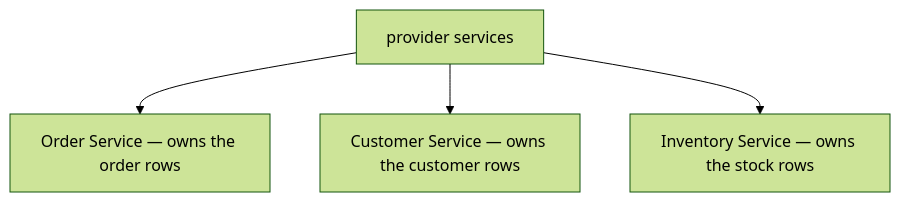
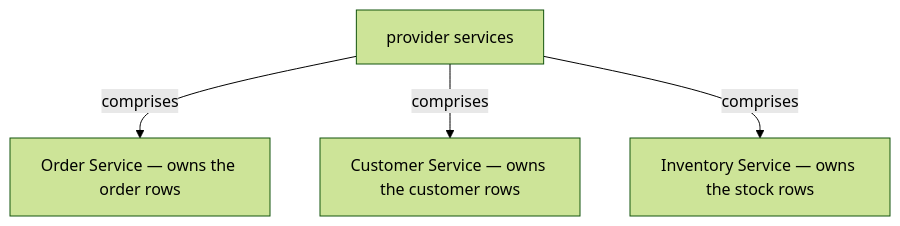
One commit to vinayakuber/microservices-io-study-guide changed the sixth of 13 diagrams in docs/ch21-api-composition.md. Above: the diagram before and after it, drawn with Mermaid (forest theme). The commit also changed other lines of this file and 71 other files, not shown here.

First line of the commit message:
R18: label every diagram arrow with its meaning

````diff
--- a/docs/ch21-api-composition.md
+++ b/docs/ch21-api-composition.md
@@ -221,7 +221,7 @@
 ```mermaid
 flowchart TD
   R["provider services"]
-  R --> P0["Order Service — owns the order rows"]
-  R --> P1["Customer Service — owns the customer rows"]
-  R --> P2["Inventory Service — owns the stock rows"]
+  R -->|"comprises"| P0["Order Service — owns the order rows"]
+  R -->|"comprises"| P1["Customer Service — owns the customer rows"]
+  R -->|"comprises"| P2["Inventory Service — owns the stock rows"]
 ```
````
